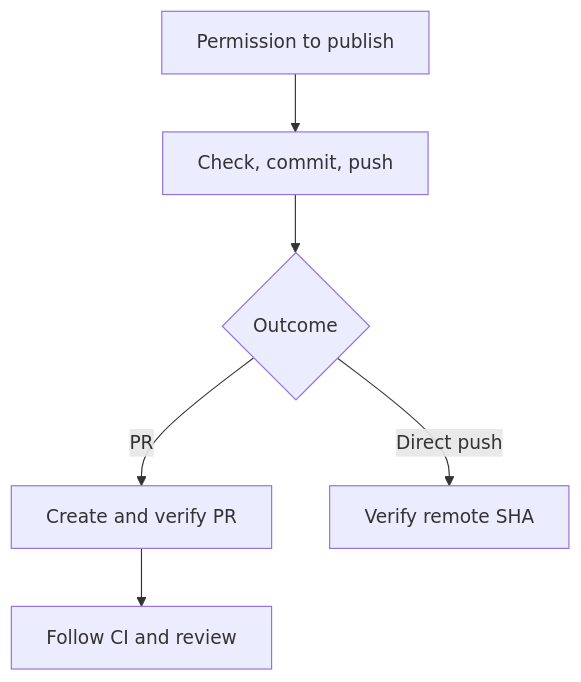
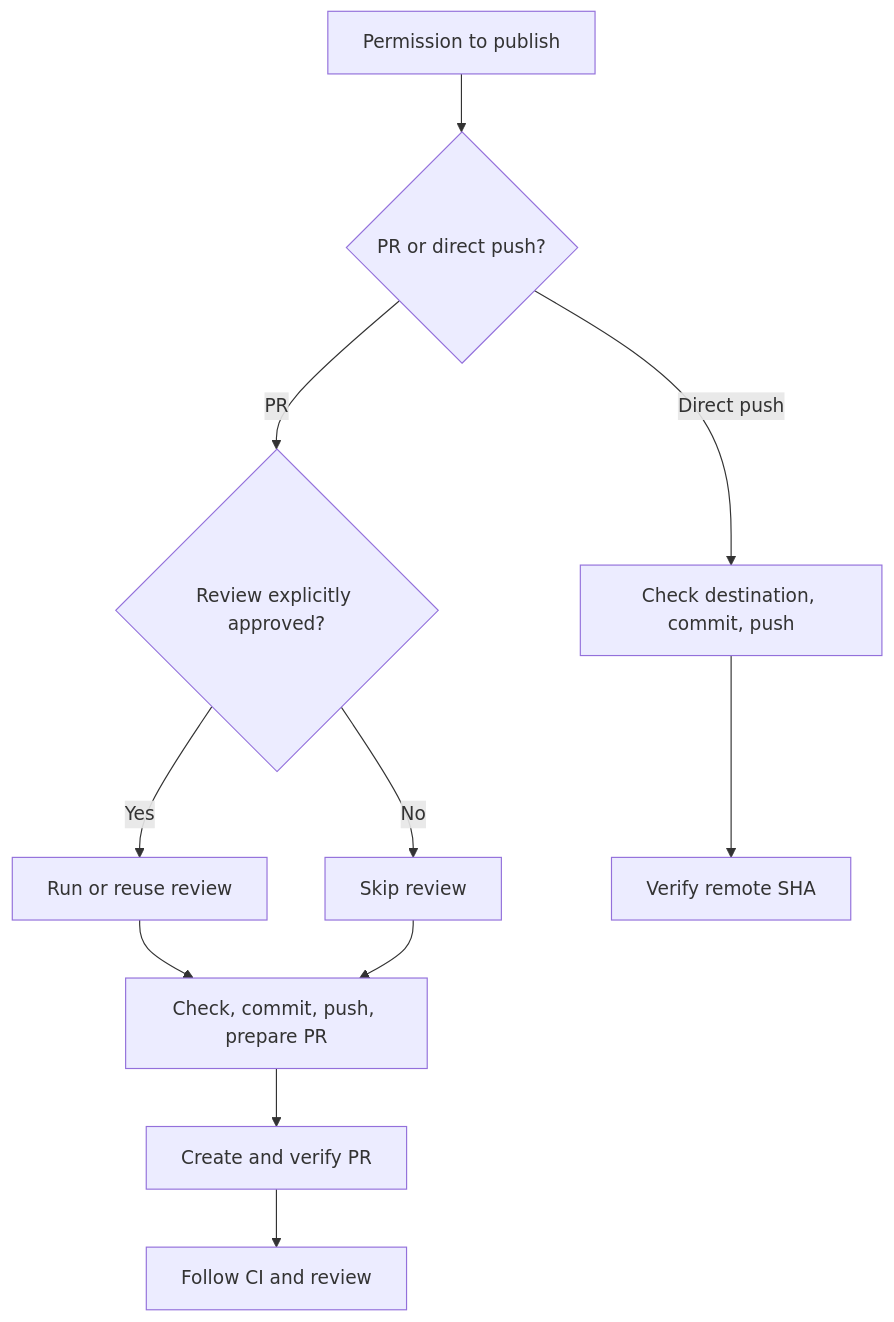
Before and after one commit to vltansky/vs: the fourth of 4 diagrams in README.md, drawn with Mermaid. The commit also changed other lines of this file, not shown here.

````diff
--- a/README.md
+++ b/README.md
@@ -41,6 +62,11 @@
 ```mermaid
 flowchart TD
-    I[Permission to publish] --> C[Check, commit, push] --> D{Outcome}
-    D -- PR --> P[Create and verify PR] --> W[Follow CI and review]
-    D -- Direct push --> V[Verify remote SHA]
+    I[Permission to publish] --> D{PR or direct push?}
+    D -- PR --> R{Review explicitly approved?}
+    R -- Yes --> V[Run or reuse review]
+    R -- No --> P[Skip review]
+    V --> C[Check, commit, push, prepare PR]
+    P --> C
+    C --> O[Create and verify PR] --> W[Follow CI and review]
+    D -- Direct push --> F[Check destination, commit, push] --> S[Verify remote SHA]
 ```
````
